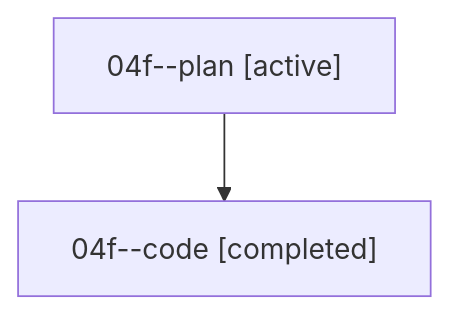
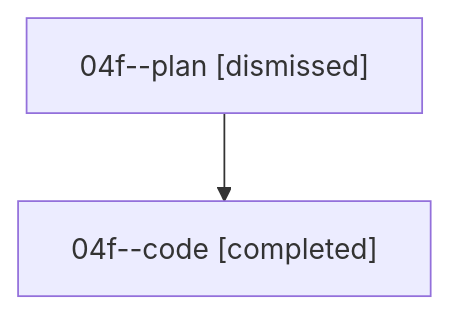
One commit to sase-org/sase--agents changed the diagram in sessions/bbugyi200.athena.04f.md. Above: the diagram before and after it, drawn with Mermaid. The commit also changed other lines of this file and 25 other files, not shown here.

````diff
--- a/sessions/bbugyi200.athena.04f.md
+++ b/sessions/bbugyi200.athena.04f.md
@@ -9,6 +9,6 @@
 ```mermaid
 flowchart TD
-  n0["04f--plan [active]"]
+  n0["04f--plan [dismissed]"]
   n1["04f--code [completed]"]
   n0 --> n1
 ```
````
